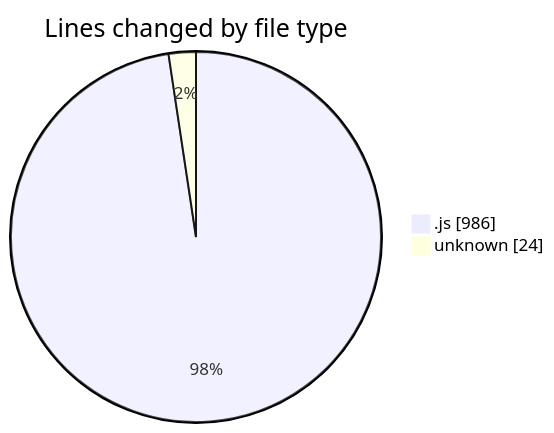
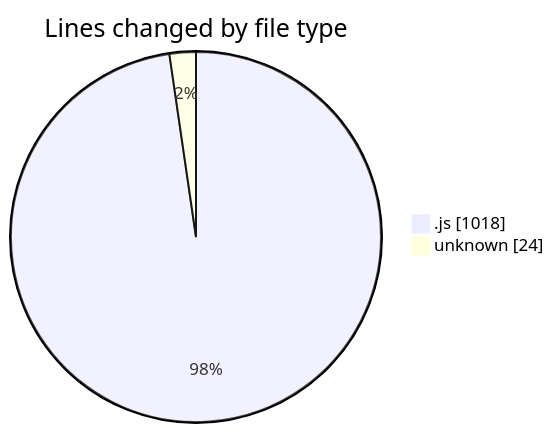
The first of 2 diagrams in 2025-02-03/cda/README.md (momahboobian/code-tracking), drawn with Mermaid before and after one commit. The commit also changed other lines of this file and 1 other file, not shown here.

````diff
--- a/2025-02-03/cda/README.md
+++ b/2025-02-03/cda/README.md
@@ -24,6 +24,6 @@
 ```mermaid
 pie showData
 title Lines changed by file type
-".js" : 986
+".js" : 1018
 "unknown" : 24
 ```
````
